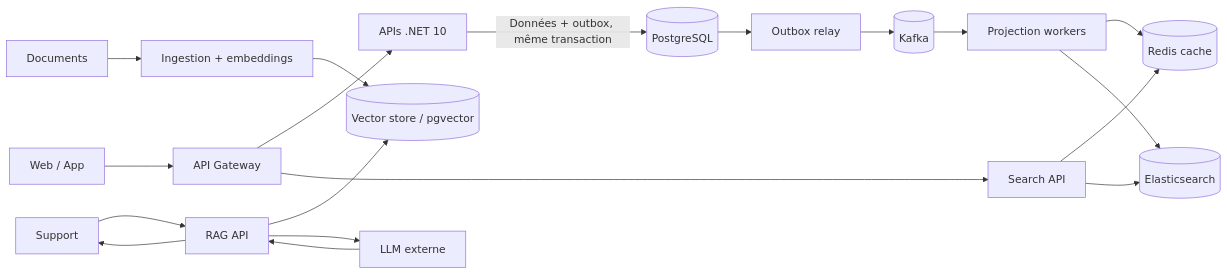
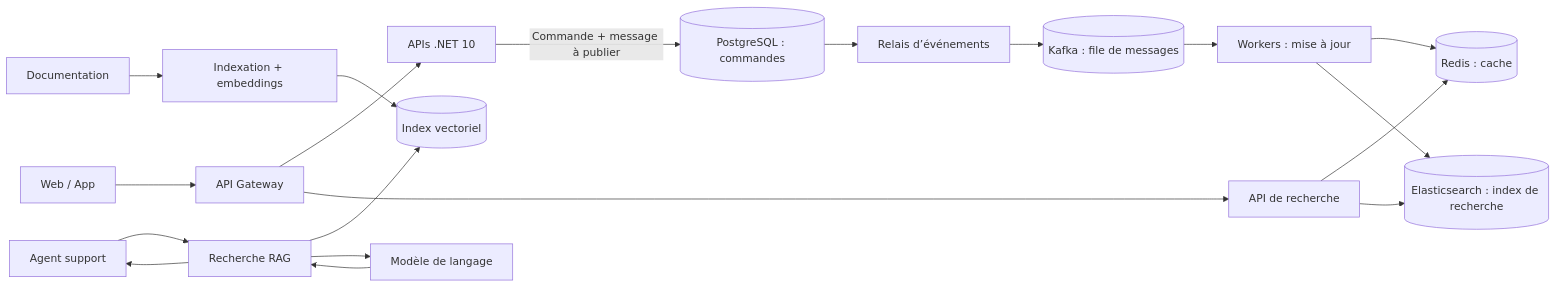
One commit to NicolasREY69330/refactor-exercise changed the diagram in interviews/fr/developpeur.md. Above: the diagram before and after it, drawn with Mermaid. The commit also changed other lines of this file and 3 other files, not shown here.

````diff
--- a/interviews/fr/developpeur.md
+++ b/interviews/fr/developpeur.md
@@ -9,15 +9,15 @@
 ```mermaid
 flowchart LR
   U[Web / App] --> G[API Gateway] --> API[APIs .NET 10]
-  API -->|Données + outbox, même transaction| PG[(PostgreSQL)]
-  PG --> O[Outbox relay] --> K[(Kafka)] --> W[Projection workers]
-  W --> R[(Redis cache)]
-  W --> ES[(Elasticsearch)]
-  G --> S[Search API]
+  API -->|Commande + message à publier| PG[(PostgreSQL : commandes)]
+  PG --> O[Relais d’événements] --> K[(Kafka : file de messages)] --> W[Workers : mise à jour]
+  W --> R[(Redis : cache)]
+  W --> ES[(Elasticsearch : index de recherche)]
+  G --> S[API de recherche]
   S --> R
   S --> ES
-  D[Documents] --> I[Ingestion + embeddings] --> V[(Vector store / pgvector)]
-  H[Support] --> Q[RAG API] --> V
-  Q --> L[LLM externe]
+  D[Documentation] --> I[Indexation + embeddings] --> V[(Index vectoriel)]
+  H[Agent support] --> Q[Recherche RAG] --> V
+  Q --> L[Modèle de langage]
   L --> Q --> H
 ```
````
